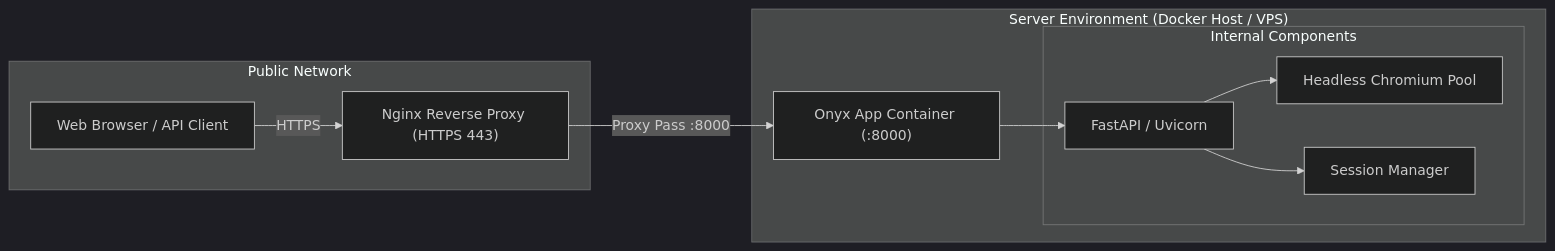
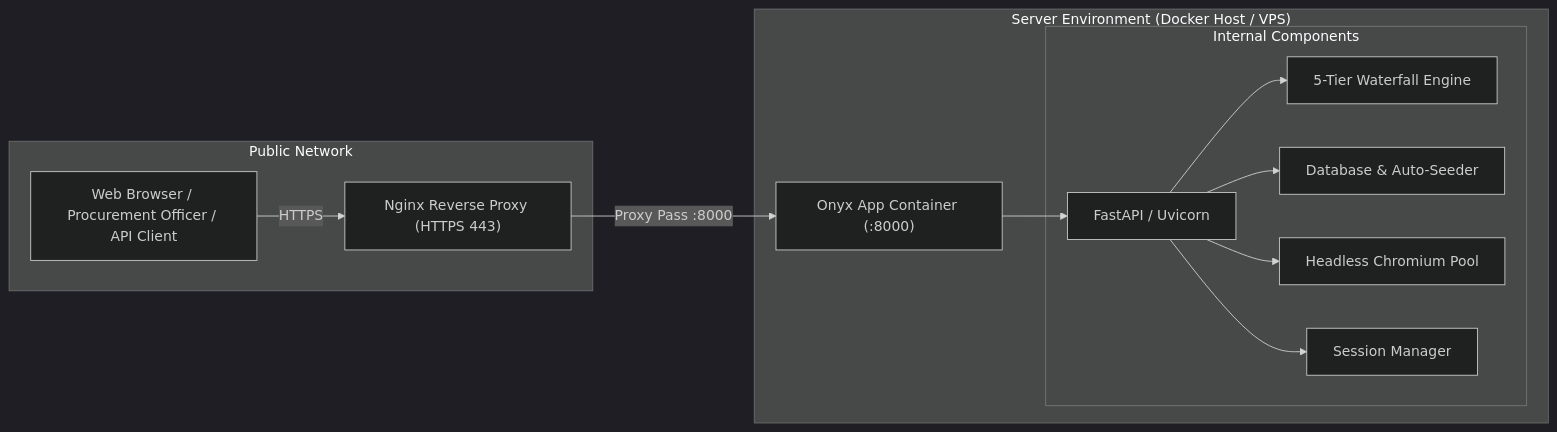
One commit to Tejas3479/onyx changed the diagram in docs/SELF_HOSTING.md. Above: the diagram before and after it, drawn with Mermaid (dark theme). The commit also changed other lines of this file and 3 other files, not shown here.

````diff
--- a/docs/SELF_HOSTING.md
+++ b/docs/SELF_HOSTING.md
@@ -9,23 +9,27 @@
 ```mermaid
 flowchart LR
     subgraph Public["Public Network"]
-        CLIENT["Web Browser / API Client"]
+        CLIENT["Web Browser / Procurement Officer / API Client"]
         NGINX["Nginx Reverse Proxy (HTTPS 443)"]
     end
 
     subgraph Host["Server Environment (Docker Host / VPS)"]
         CONTAINER["Onyx App Container (:8000)"]
         
         subgraph Inside["Internal Components"]
             FASTAPI["FastAPI / Uvicorn"]
+            WATERFALL["5-Tier Waterfall Engine"]
+            SEEDER["Database & Auto-Seeder"]
             PW["Headless Chromium Pool"]
             SESSIONS["Session Manager"]
         end
     end
 
     CLIENT -->|HTTPS| NGINX
     NGINX -->|Proxy Pass :8000| CONTAINER
     CONTAINER --> FASTAPI
+    FASTAPI --> WATERFALL
+    FASTAPI --> SEEDER
     FASTAPI --> PW
     FASTAPI --> SESSIONS
 ```
````
